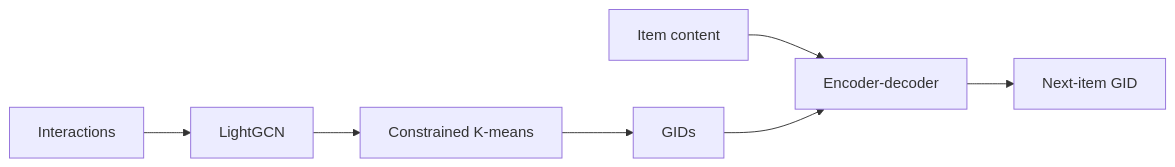
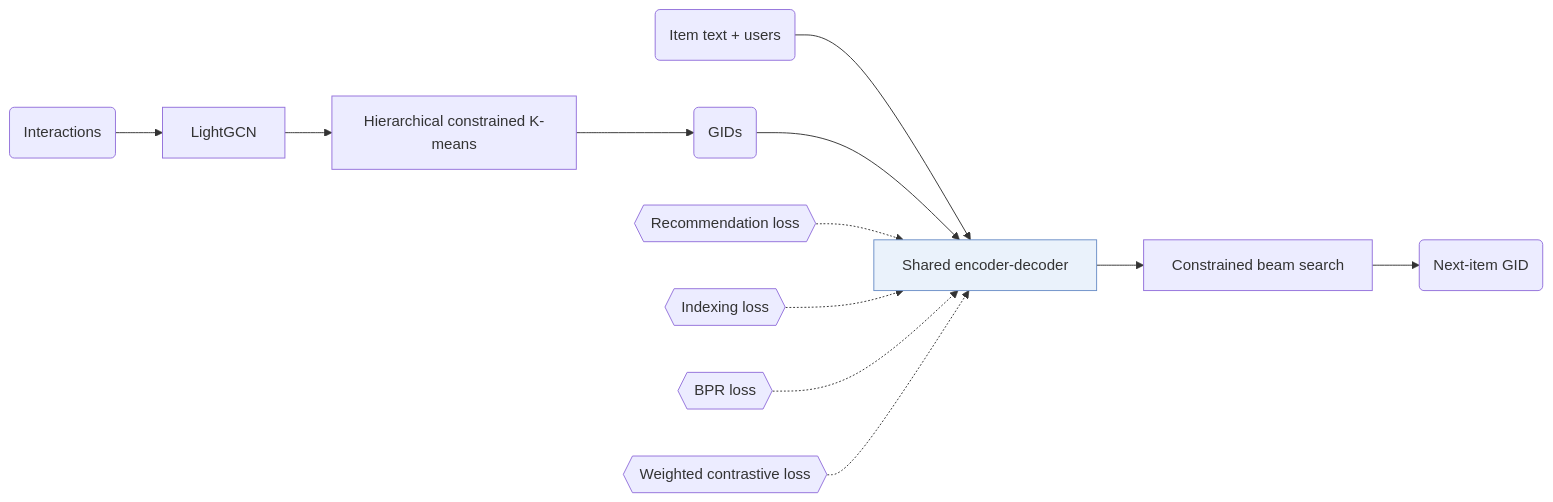
Before and after one commit to Galaxy-ghost/Awesome-SID-Generative-Rec: the diagram in notes/colarec.md, drawn with Mermaid. The commit also changed 521 other files, not shown here.

Commit message:
writer-04 part 3: algorithm diagrams with shared shape conventions, README hero and paper cards, archive removed

````diff
--- a/notes/colarec.md
+++ b/notes/colarec.md
@@ -13,9 +13,15 @@
 ```mermaid
 flowchart LR
-    A[Interactions] --> B[LightGCN]
-    B --> C[Constrained K-means]
-    C --> D[GIDs]
-    E[Item content] --> F[Encoder-decoder]
+    A("Interactions") --> B["LightGCN"]
+    B --> C["Hierarchical constrained K-means"]
+    C --> D("GIDs")
+    E("Item text + users") --> F["Shared encoder-decoder"]:::key
     D --> F
-    F --> G[Next-item GID]
+    F --> G["Constrained beam search"]
+    G --> H("Next-item GID")
+    L1{{"Recommendation loss"}} -.-> F
+    L2{{"Indexing loss"}} -.-> F
+    L3{{"BPR loss"}} -.-> F
+    L4{{"Weighted contrastive loss"}} -.-> F
+    classDef key fill:#eaf2fb,stroke:#6b8fc7
 ```
````
